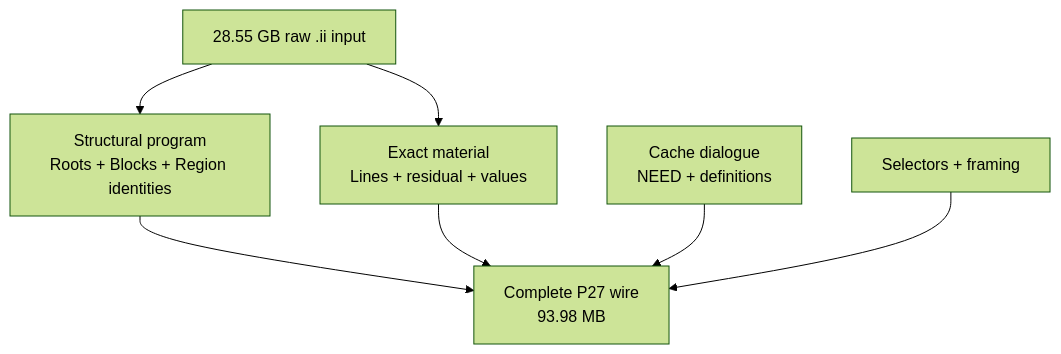
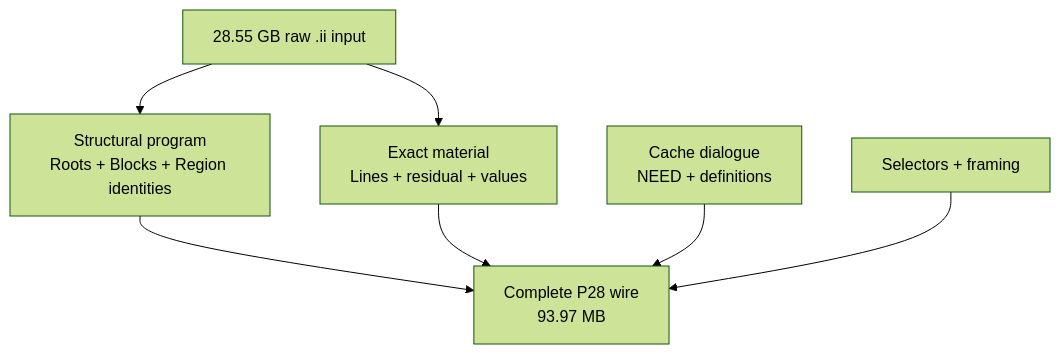
One commit to mickg10/icecream changed the ninth of 10 diagrams in linecache/CODEC-PREDICTOR-ENTROPY-REFERENCE.md. Above: the diagram before and after it, drawn with Mermaid (forest theme). The commit also changed other lines of this file and 7 other files, not shown here.

````diff
--- a/linecache/CODEC-PREDICTOR-ENTROPY-REFERENCE.md
+++ b/linecache/CODEC-PREDICTOR-ENTROPY-REFERENCE.md
@@ -944,16 +947,16 @@
 ```mermaid
 flowchart TB
     RAW[28.55 GB raw .ii input]
     STRUCT[Structural program<br/>Roots + Blocks + Region identities]
     MATERIAL[Exact material<br/>Lines + residual + values]
     DIALOGUE[Cache dialogue<br/>NEED + definitions]
     FRAME[Selectors + framing]
-    TOTAL[Complete P27 wire<br/>93.98 MB]
+    TOTAL[Complete P28 wire<br/>93.97 MB]
 
     RAW --> STRUCT
     RAW --> MATERIAL
     STRUCT --> TOTAL
     MATERIAL --> TOTAL
     DIALOGUE --> TOTAL
     FRAME --> TOTAL
 ```
````
